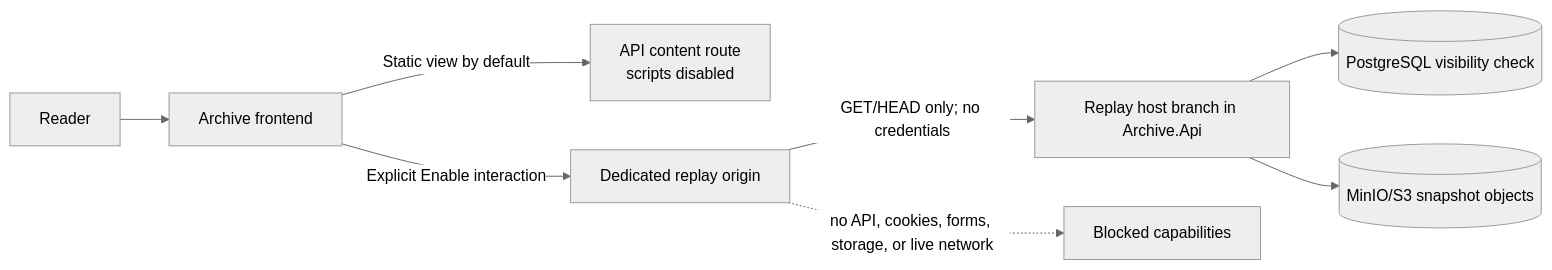
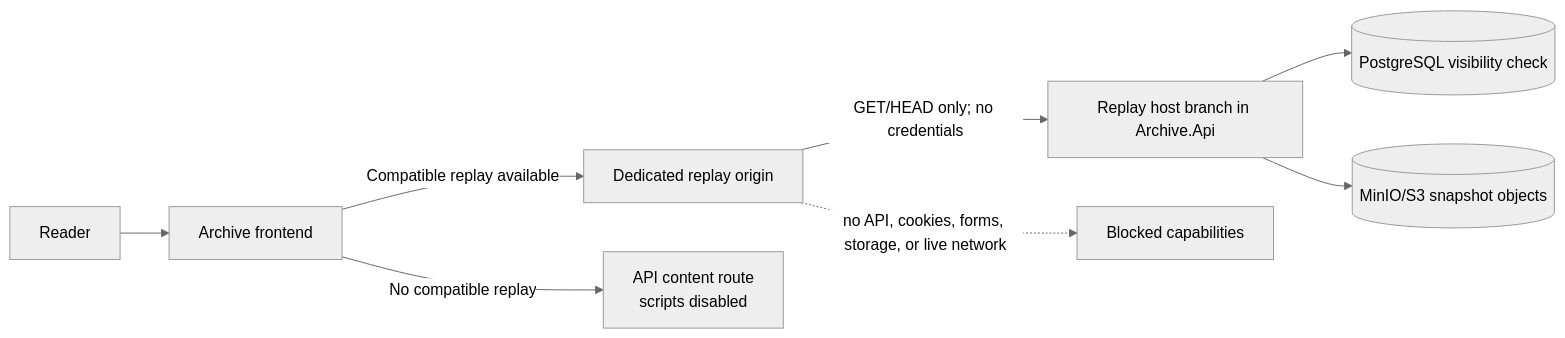
The diagram in docs/interactive-archive-replay-proposal.md (schmolldechse/archive), drawn with Mermaid (neutral theme) before and after one commit. The commit also changed other lines of this file, not shown here.

Commit message:
docs: make interactive replay automatic

````diff
--- a/docs/interactive-archive-replay-proposal.md
+++ b/docs/interactive-archive-replay-proposal.md
@@ -48,10 +48,10 @@
 ```mermaid
 flowchart LR
     Reader[Reader] --> Frontend[Archive frontend]
-    Frontend -->|Static view by default| Static[API content route<br/>scripts disabled]
-    Frontend -->|Explicit Enable interaction| Replay[Dedicated replay origin]
+    Frontend -->|Compatible replay available| Replay[Dedicated replay origin]
+    Frontend -->|No compatible replay| Static[API content route<br/>scripts disabled]
     Replay -->|GET/HEAD only; no credentials| APIHost[Replay host branch in Archive.Api]
     APIHost --> Database[(PostgreSQL visibility check)]
     APIHost --> Objects[(MinIO/S3 snapshot objects)]
     Replay -. no API, cookies, forms, storage, or live network .-> Blocked[Blocked capabilities]
 ```
````
